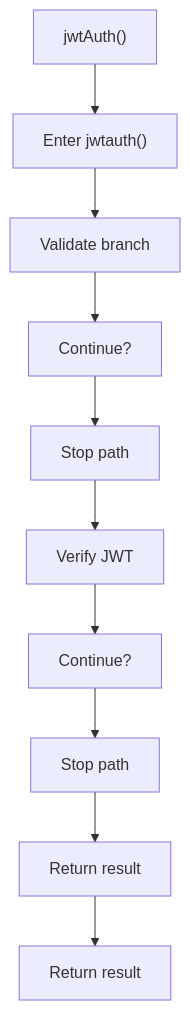
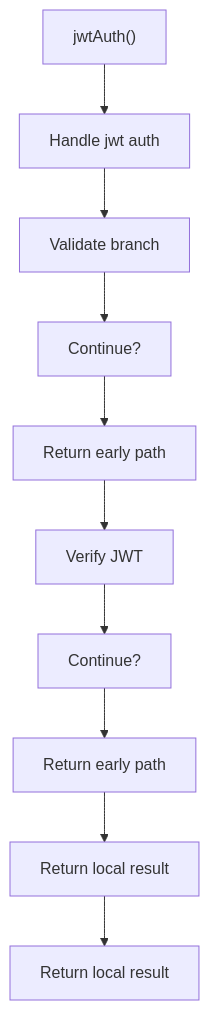
One commit to JohnAndrewBalbarosa/NeoTerritory changed the third of 4 diagrams in docs/Codebase/Backend/src/middleware/jwtAuth.js.md. Above: the diagram before and after it, drawn with Mermaid. The commit also changed other lines of this file and 925 other files, not shown here.

````diff
--- a/docs/Codebase/Backend/src/middleware/jwtAuth.js.md
+++ b/docs/Codebase/Backend/src/middleware/jwtAuth.js.md
@@ -89,22 +88,22 @@
 ```mermaid
 flowchart TD
     N0["jwtAuth()"]
-    N1["Enter jwtauth()"]
+    N1["Handle jwt auth"]
     N2["Validate branch"]
     N3["Continue?"]
-    N4["Stop path"]
+    N4["Return early path"]
     N5["Verify JWT"]
     N6["Continue?"]
-    N7["Stop path"]
-    N8["Return result"]
-    N9["Return result"]
+    N7["Return early path"]
+    N8["Return local result"]
+    N9["Return local result"]
     N0 --> N1
     N1 --> N2
     N2 --> N3
     N3 --> N4
     N4 --> N5
     N5 --> N6
     N6 --> N7
     N7 --> N8
     N8 --> N9
 ```
````
